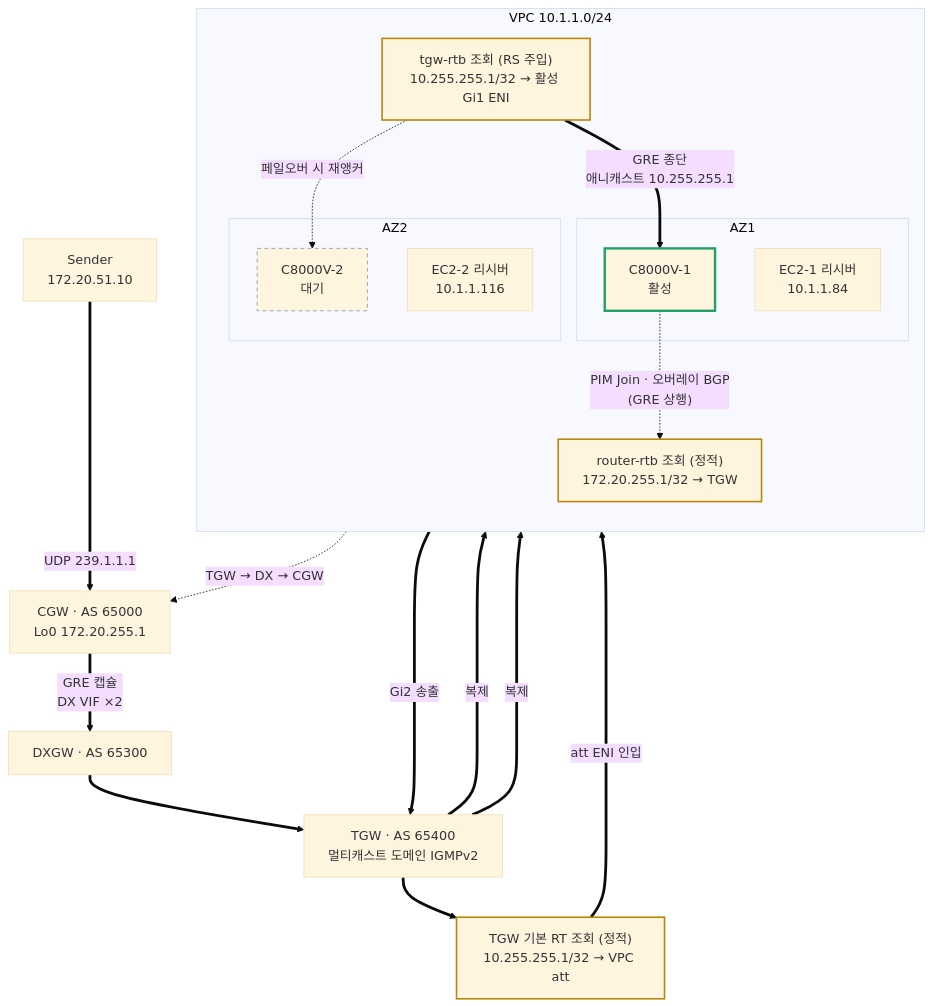
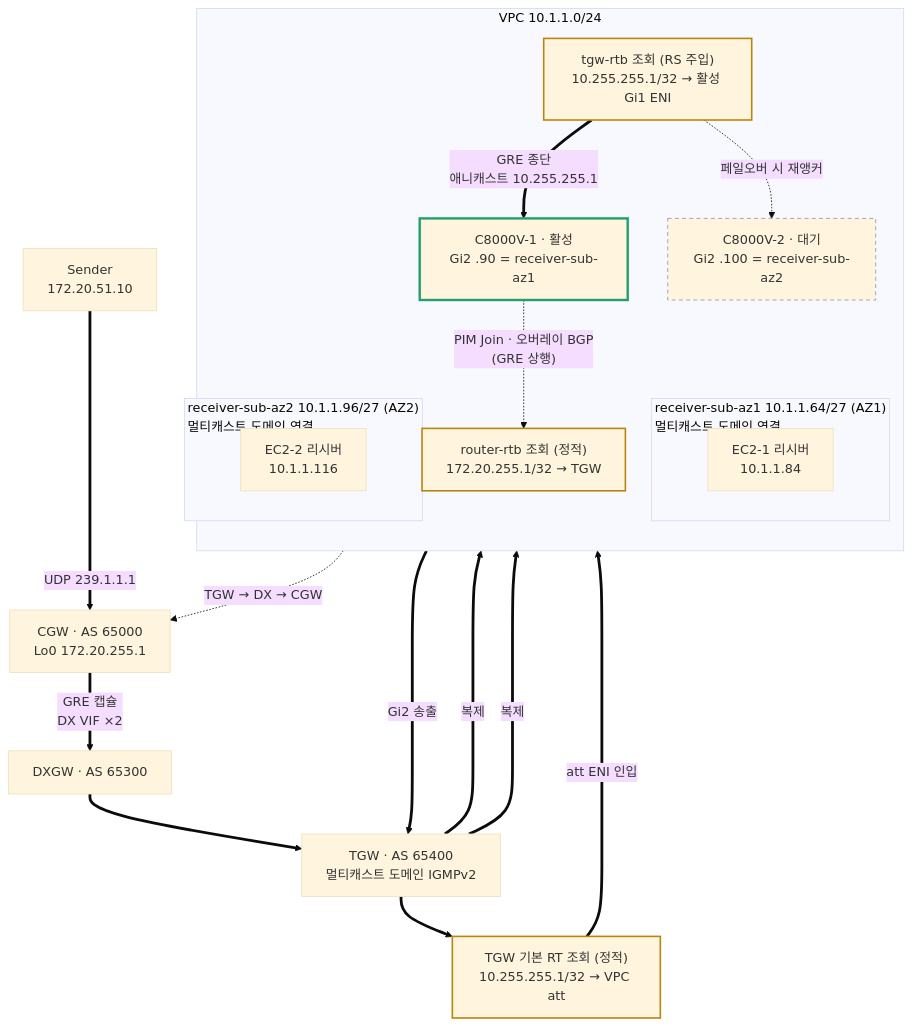
The first of 2 diagrams in Lab-Topology.md (conft2k/aws-tgw-mts), drawn with Mermaid (base theme) before and after one commit. The commit also changed other lines of this file, not shown here.

Commit message:
Lab-Topology: name the subnets the multicast stream replicates into
Receivers now sit inside receiver-sub-az1/az2 subgraphs labeled with
CIDR and domain association; C8000V Gi2 subnet membership noted on the
router nodes and in the caption.

````diff
--- a/Lab-Topology.md
+++ b/Lab-Topology.md
@@ -8,43 +8,43 @@
 ```mermaid
 flowchart TB
     SENDER["Sender<br/>172.20.51.10"]
     CGW["CGW · AS 65000<br/>Lo0 172.20.255.1"]
     DXGW["DXGW · AS 65300"]
     TGW["TGW · AS 65400<br/>멀티캐스트 도메인 IGMPv2"]
     TGWRT["TGW 기본 RT 조회 (정적)<br/>10.255.255.1/32 → VPC att"]
 
     SENDER ==>|"UDP 239.1.1.1"| CGW
     CGW ==>|"GRE 캡슐<br/>DX VIF ×2"| DXGW
     DXGW ==> TGW
     TGW ==> TGWRT
 
     subgraph VPC["VPC 10.1.1.0/24"]
         direction TB
         TGWRTB["tgw-rtb 조회 (RS 주입)<br/>10.255.255.1/32 → 활성 Gi1 ENI"]
         RRTB["router-rtb 조회 (정적)<br/>172.20.255.1/32 → TGW"]
-        subgraph AZ1["AZ1"]
-            C1["C8000V-1<br/>활성"]
+        C1["C8000V-1 · 활성<br/>Gi2 .90 = receiver-sub-az1"]
+        C2["C8000V-2 · 대기<br/>Gi2 .100 = receiver-sub-az2"]
+        subgraph RSUB1["receiver-sub-az1 10.1.1.64/27 (AZ1)<br/>멀티캐스트 도메인 연결"]
             R1["EC2-1 리시버<br/>10.1.1.84"]
         end
-        subgraph AZ2["AZ2"]
-            C2["C8000V-2<br/>대기"]
+        subgraph RSUB2["receiver-sub-az2 10.1.1.96/27 (AZ2)<br/>멀티캐스트 도메인 연결"]
             R2["EC2-2 리시버<br/>10.1.1.116"]
         end
     end
 
     TGWRT ==>|"att ENI 인입"| TGWRTB
     TGWRTB ==>|"GRE 종단<br/>애니캐스트 10.255.255.1"| C1
     TGWRTB -.->|"페일오버 시 재앵커"| C2
     C1 ==>|"Gi2 송출"| TGW
     TGW ==>|"복제"| R1
     TGW ==>|"복제"| R2
     C1 -.->|"PIM Join · 오버레이 BGP<br/>(GRE 상행)"| RRTB
     RRTB -.->|"TGW → DX → CGW"| CGW
 
     classDef active stroke:#22a06b,stroke-width:3px
     classDef standby stroke:#8993a4,stroke-dasharray:5 4
     classDef rtb stroke:#b8860b,stroke-width:2px
     class C1 active
     class C2 standby
     class TGWRT,TGWRTB,RRTB rtb
 ```
````
